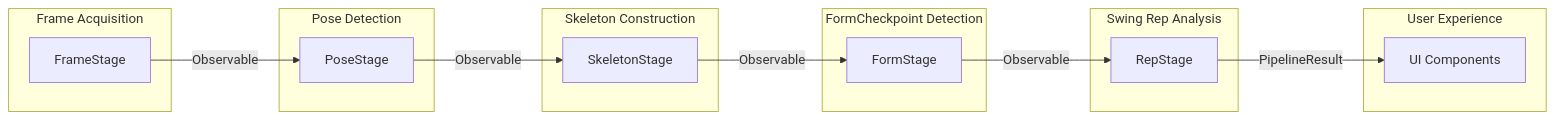
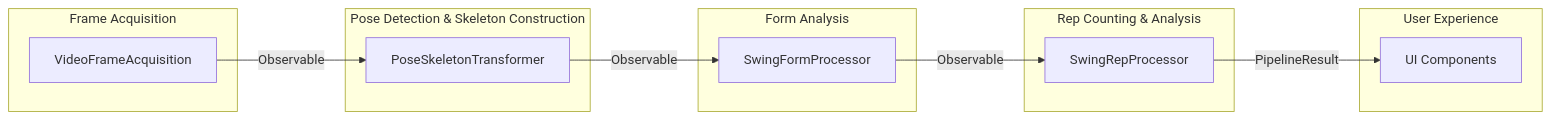
One commit to idvorkin/swing-analyzer changed the second of 2 diagrams in ARCHITECTURE.md. Above: the diagram before and after it, drawn with Mermaid. The commit also changed other lines of this file and 9 other files, not shown here.

````diff
--- a/ARCHITECTURE.md
+++ b/ARCHITECTURE.md
@@ -53,32 +52,27 @@
 ```mermaid
 flowchart LR
-    A[FrameStage] --> |Observable<FrameEvent>| B[PoseStage]
-    B --> |Observable<PoseEvent>| C[SkeletonStage]
-    C --> |Observable<SkeletonEvent>| D[FormStage]
-    D --> |Observable<CheckpointEvent>| E[RepStage]
-    E --> |PipelineResult| F[UI Components]
+    A[VideoFrameAcquisition] --> |Observable<FrameEvent>| B[PoseSkeletonTransformer]
+    B --> |Observable<SkeletonEvent>| C[SwingFormProcessor]
+    C --> |Observable<CheckpointEvent>| D[SwingRepProcessor]
+    D --> |PipelineResult| E[UI Components]
     
     subgraph "Frame Acquisition"
         A
     end
     
-    subgraph "Pose Detection"
+    subgraph "Pose Detection & Skeleton Construction"
         B
     end
     
-    subgraph "Skeleton Construction"
+    subgraph "Form Analysis"
         C
     end
     
-    subgraph "FormCheckpoint Detection"
+    subgraph "Rep Counting & Analysis"
         D
     end
     
-    subgraph "Swing Rep Analysis"
+    subgraph "User Experience"
         E
     end
-    
-    subgraph "User Experience"
-        F
-    end
 ```
````
